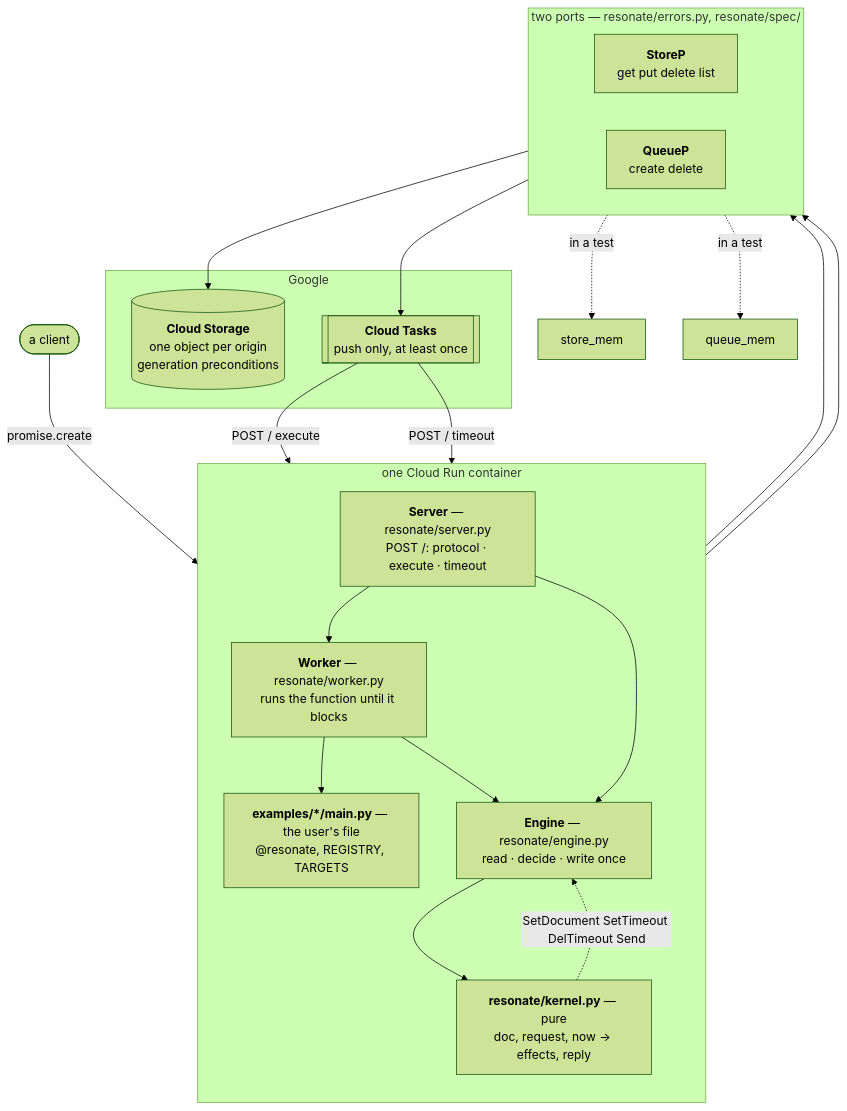
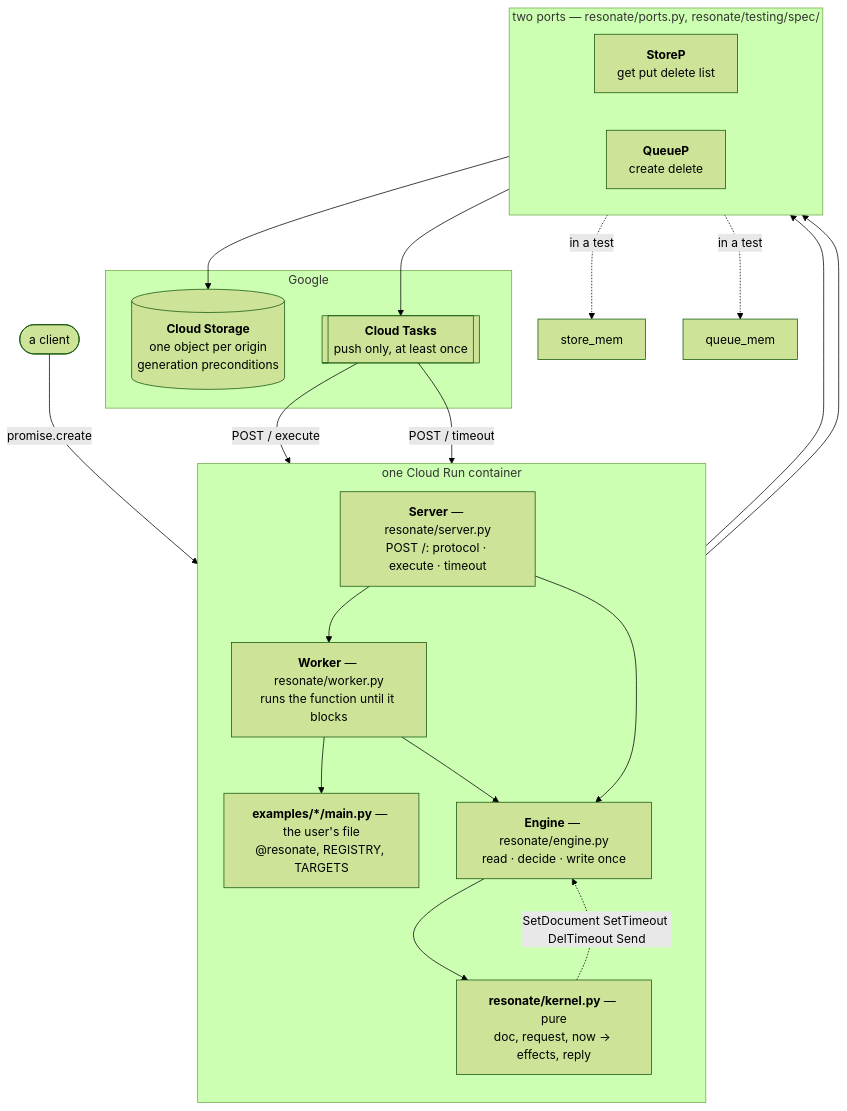
Before and after one commit to resonatehq/durable-execution: the diagram in code/final/ARCHITECTURE.md, drawn with Mermaid (forest theme). The commit also changed other lines of this file and 34 other files, not shown here.

First line of the commit message:
Move verification and simulation under resonate/testing

````diff
--- a/code/final/ARCHITECTURE.md
+++ b/code/final/ARCHITECTURE.md
@@ -9,43 +9,43 @@
 ```mermaid
 flowchart TB
     client(["a client"])
 
     subgraph container["one Cloud Run container"]
         direction TB
         routes["<b>Server</b> — resonate/server.py<br/>POST /: protocol · execute · timeout"]
         worker["<b>Worker</b> — resonate/worker.py<br/>runs the function until it blocks"]
         app["<b>examples/*/main.py</b> — the user's file<br/>@resonate, REGISTRY, TARGETS"]
         engine["<b>Engine</b> — resonate/engine.py<br/>read · decide · write once"]
         kernel["<b>resonate/kernel.py</b> — pure<br/>doc, request, now → effects, reply"]
     end
 
-    subgraph ports["two ports — resonate/errors.py, resonate/spec/"]
+    subgraph ports["two ports — resonate/ports.py, resonate/testing/spec/"]
         direction LR
         store["<b>StoreP</b><br/>get put delete list"]
         queue["<b>QueueP</b><br/>create delete"]
     end
 
     subgraph google["Google"]
         gcs[("<b>Cloud Storage</b><br/>one object per origin<br/>generation preconditions")]
         tasks[["<b>Cloud Tasks</b><br/>push only, at least once"]]
     end
 
     client -->|"promise.create"| routes
     routes --> worker
     worker --> app
     worker --> engine
     routes --> engine
     engine --> kernel
     kernel -.->|"SetDocument SetTimeout DelTimeout Send"| engine
 
     engine --> store
     engine --> queue
     store --> gcs
     queue --> tasks
 
     tasks -->|"POST / execute"| routes
     tasks -->|"POST / timeout"| routes
 
     store -.->|"in a test"| storemem["store_mem"]
     queue -.->|"in a test"| queuemem["queue_mem"]
 ```
````
